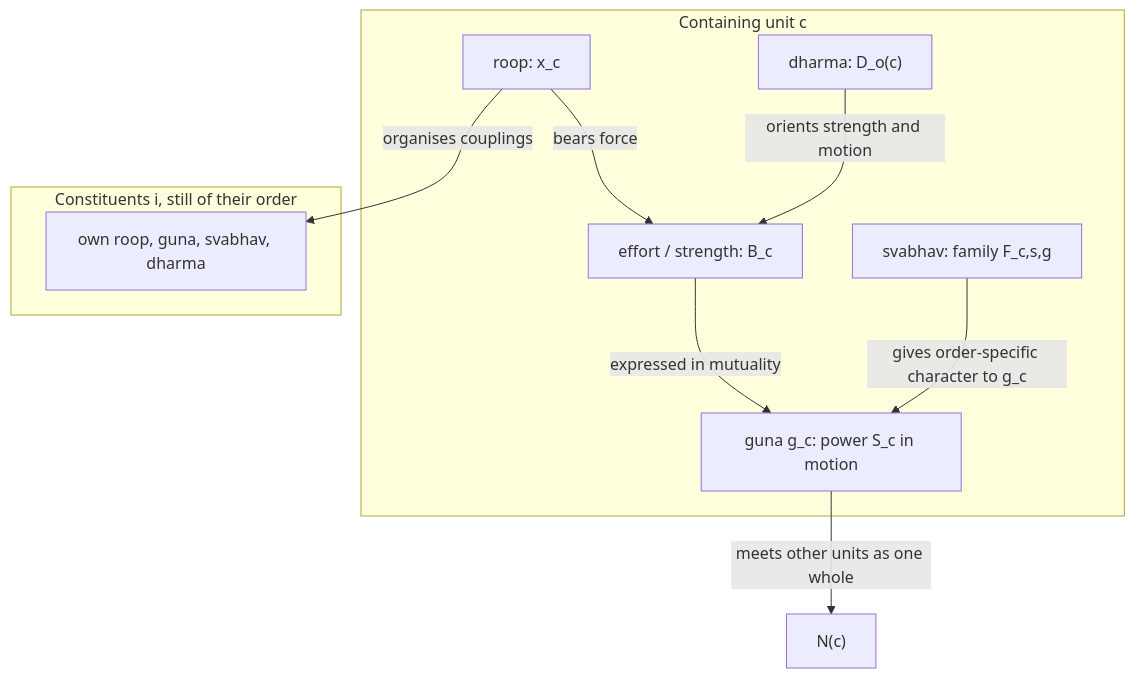
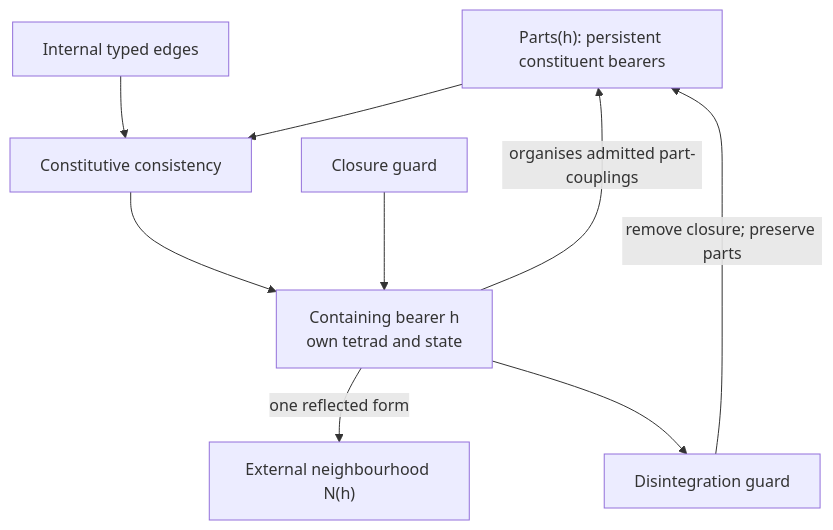
The fifth of 7 diagrams in Studies/A-State-Dynamic-Model-Of-Coexistence/A-State-Dynamic-Model-Of-Coexistence.md (raghavamohan/AnalyticMadhyasthDarshan), drawn with Mermaid before and after one commit. The commit also changed other lines of this file and 8 other files, not shown here.

````diff
--- a/Studies/A-State-Dynamic-Model-Of-Coexistence/A-State-Dynamic-Model-Of-Coexistence.md
+++ b/Studies/A-State-Dynamic-Model-Of-Coexistence/A-State-Dynamic-Model-Of-Coexistence.md
@@ -272,19 +345,11 @@
 ```mermaid
 flowchart TB
-    subgraph container["Containing unit c"]
-      RC["roop: x_c"]
-      BC["effort / strength: B_c"]
-      GC["guna g_c: power S_c in motion"]
-      SC["svabhav: family F_c,s,g"]
-      DC["dharma: D_o(c)"]
-    end
-    subgraph parts["Constituents i, still of their order"]
-      RI["own roop, guna, svabhav, dharma"]
-    end
-    RC -->|"bears force"| BC
-    RC -->|"organises couplings"| RI
-    DC -->|"orients strength and motion"| BC
-    BC -->|"expressed in mutuality"| GC
-    SC -->|"gives order-specific character to g_c"| GC
-    GC -->|"meets other units as one whole"| OUT["N(c)"]
+    PARTS["Parts(h): persistent constituent bearers"] --> CONS["Constitutive consistency"]
+    INTERNAL["Internal typed edges"] --> CONS
+    CONS --> WHOLE["Containing bearer h<br/>own tetrad and state"]
+    WHOLE -->|"organises admitted part-couplings"| PARTS
+    WHOLE -->|"one reflected form"| EXTERNAL["External neighbourhood N(h)"]
+    GUARD["Closure guard"] --> WHOLE
+    WHOLE --> DIS["Disintegration guard"]
+    DIS -->|"remove closure; preserve parts"| PARTS
 ```
````
